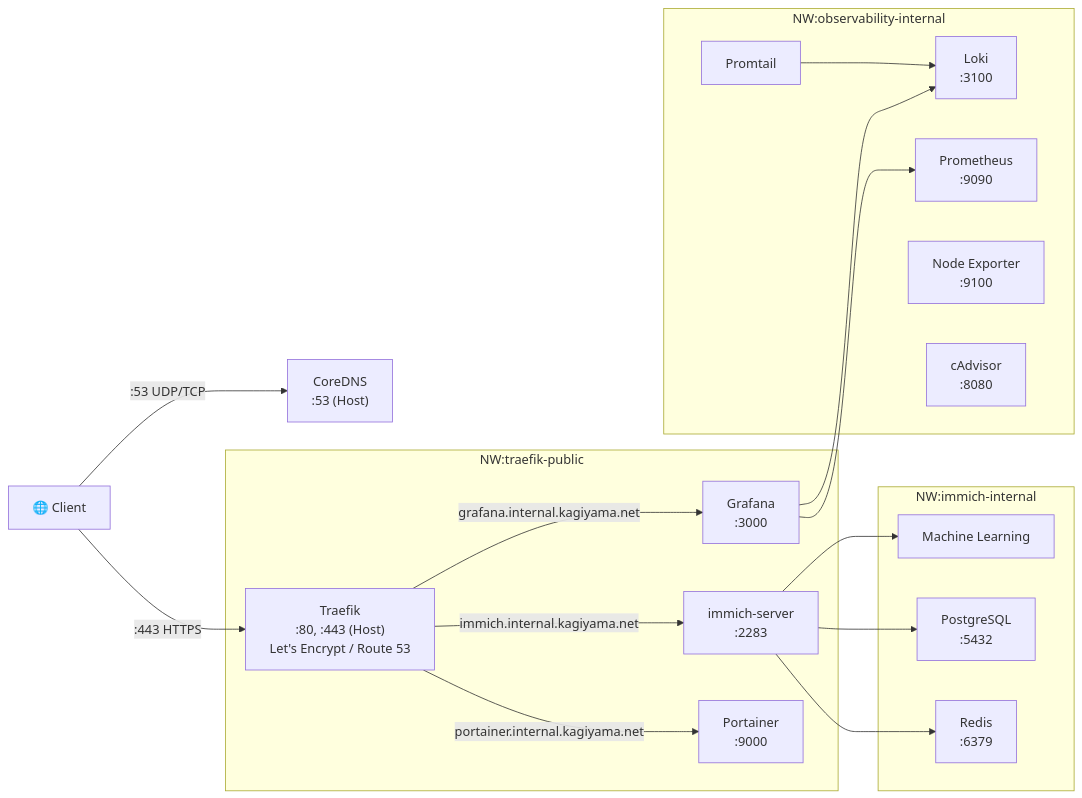
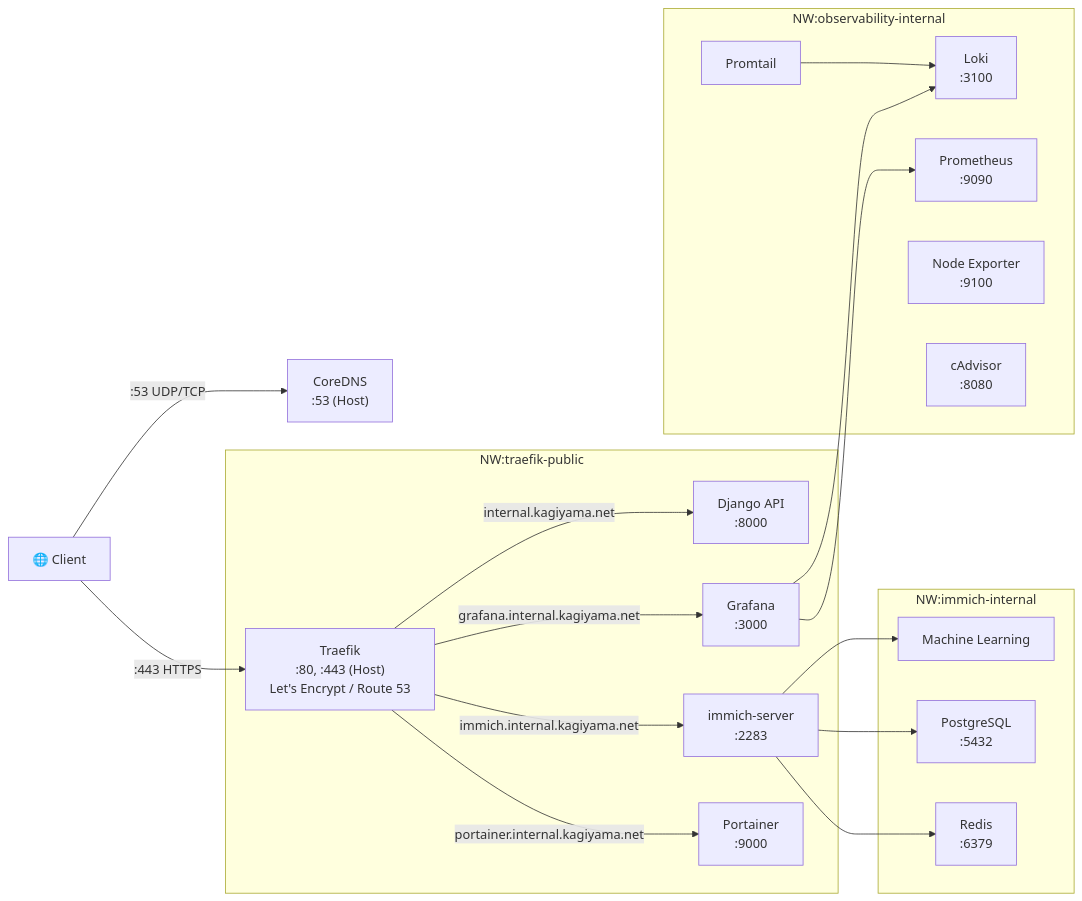
One commit to kagiyama-baking/internal.kagiyama.net changed the diagram in README.md. Above: the diagram before and after it, drawn with Mermaid. The commit also changed other lines of this file, not shown here.

````diff
--- a/README.md
+++ b/README.md
@@ -45,42 +48,44 @@
 ```mermaid
 graph LR
     Browser["🌐 Client"]
     Browser -->|":443 HTTPS"| Traefik
 
     Browser -->|":53 UDP/TCP"| CoreDNS["CoreDNS<br>:53 (Host)"]
 
     subgraph traefik-public["NW:traefik-public"]
         Traefik["Traefik<br>:80, :443 (Host) <br>Let's Encrypt / Route 53"]
         Portainer["Portainer<br>:9000"]
         ImmichServer["immich-server<br>:2283"]
         Grafana["Grafana<br>:3000"]
+        DjangoAPI["Django API<br>:8000"]
     end
 
     Traefik -->|"portainer.internal.kagiyama.net"| Portainer
     Traefik -->|"immich.internal.kagiyama.net"| ImmichServer
     Traefik -->|"grafana.internal.kagiyama.net"| Grafana
+    Traefik -->|"internal.kagiyama.net"| DjangoAPI
 
     subgraph immich-internal["NW:immich-internal"]
         ImmichServer
         MachineLearning["Machine Learning"]
         Redis["Redis<br>:6379"]
         Postgres["PostgreSQL<br>:5432"]
     end
 
     ImmichServer --> Redis
     ImmichServer --> Postgres
     ImmichServer --> MachineLearning
 
     subgraph observability-internal["NW:observability-internal"]
         Grafana
         Prometheus["Prometheus<br>:9090"]
         Loki["Loki<br>:3100"]
         Promtail["Promtail"]
         NodeExporter["Node Exporter<br>:9100"]
         cAdvisor["cAdvisor<br>:8080"]
     end
 
     Grafana --> Prometheus
     Grafana --> Loki
     Promtail --> Loki
 ```
````
